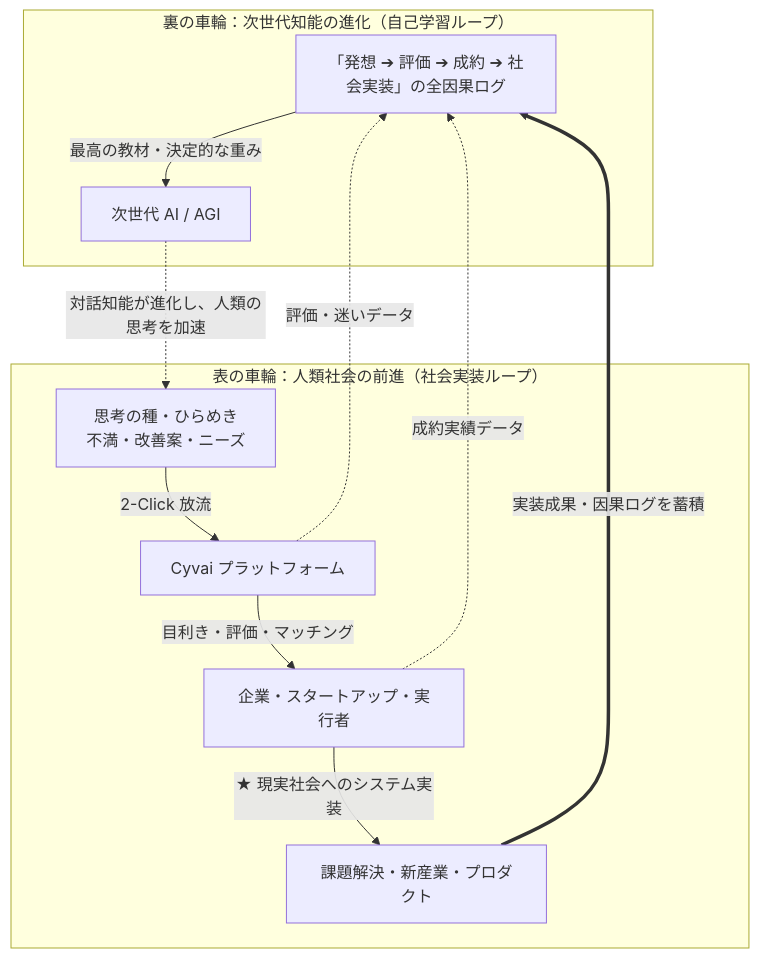
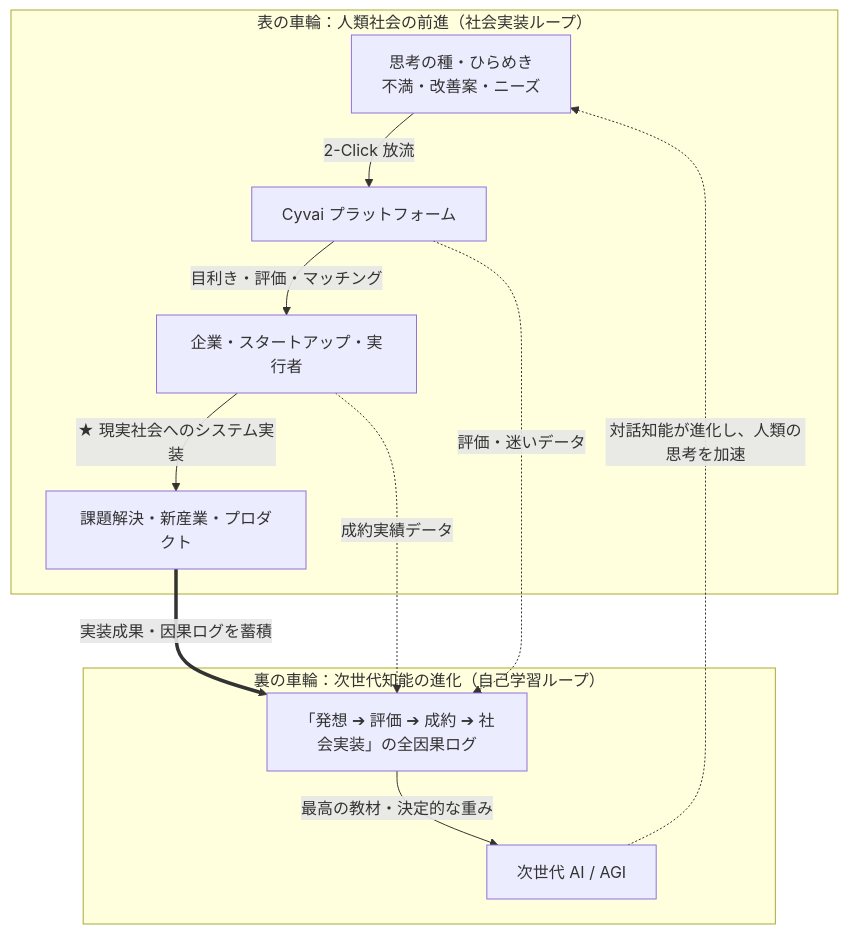
The diagram in Cyvai_Blueprint.md (cy-vai/Cyvai), drawn with Mermaid before and after one commit.

Commit message:
fix: Mermaidのsubgraph順序を修正（表の車輪が上、裏の車輪が下に配置されるよう統一）

````diff
--- a/Cyvai_Blueprint.md
+++ b/Cyvai_Blueprint.md
@@ -32,22 +32,20 @@
 ```mermaid
 graph TD
-    %% 先に裏を書く（下に配置される）
-    subgraph 裏の車輪 [裏の車輪：次世代知能の進化（自己学習ループ）]
-        Process["「発想 ➔ 評価 ➔ 成約 ➔ 社会実装」の全因果ログ"] -->|最高の教材・決定的な重み| NextAI[次世代 AI / AGI]
-    end
-
-    %% 後に表を書く（上に配置される）
     subgraph 表の車輪 [表の車輪：人類社会の前進（社会実装ループ）]
         Human["思考の種・ひらめき<br>不満・改善案・ニーズ"] -->|2-Click 放流| Cyvai[Cyvai プラットフォーム]
         Cyvai -->|目利き・評価・マッチング| Biz[企業・スタートアップ・実行者]
         Biz -->|★ 現実社会へのシステム実装| Society[課題解決・新産業・プロダクト]
     end
 
-    %% 表から裏へ（太線）
+    subgraph 裏の車輪 [裏の車輪：次世代知能の進化（自己学習ループ）]
+        Process["「発想 ➔ 評価 ➔ 成約 ➔ 社会実装」の全因果ログ"] -->|最高の教材・決定的な重み| NextAI[次世代 AI / AGI]
+    end
+
+    %% 表から裏へ（太線：主軸）
     Society ==>|実装成果・因果ログを蓄積| Process
     Cyvai -.->|評価・迷いデータ| Process
     Biz -.->|成約実績データ| Process
 
-    %% 裏から表へ（点線）
+    %% 裏から表へ（点線フィードバック）
     NextAI -.->|対話知能が進化し、人類の思考を加速| Human
 ```
````
